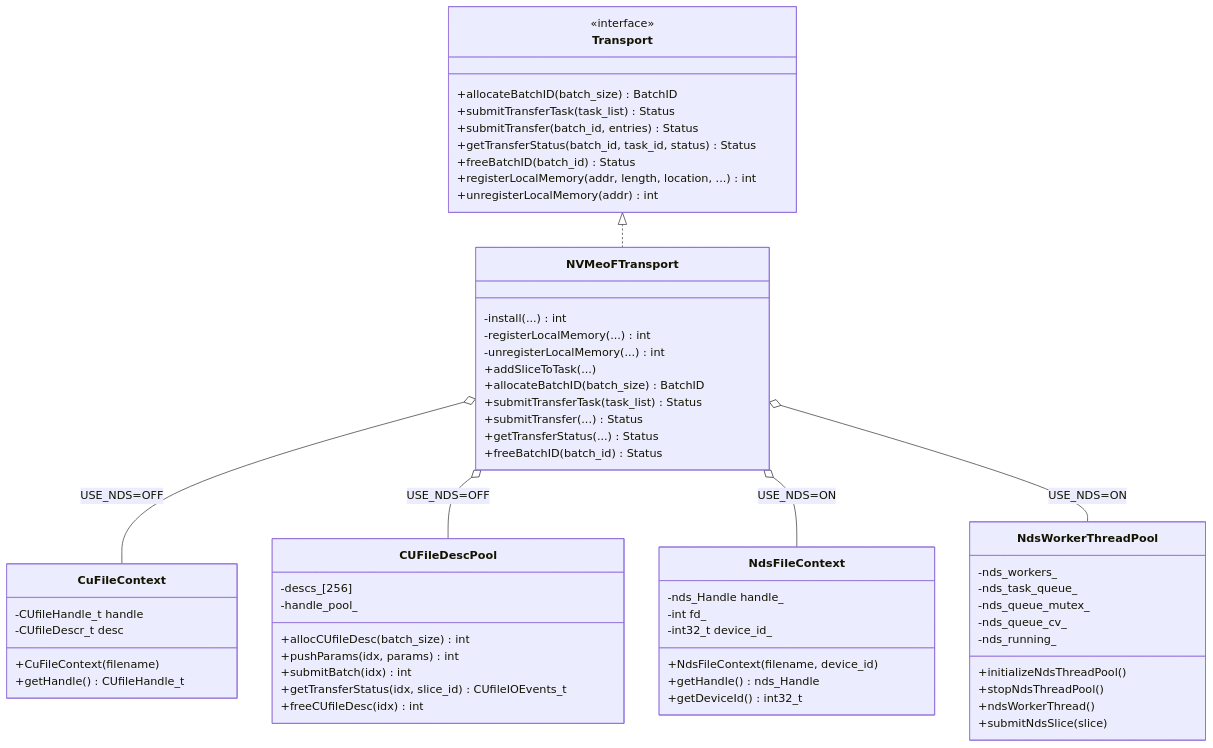
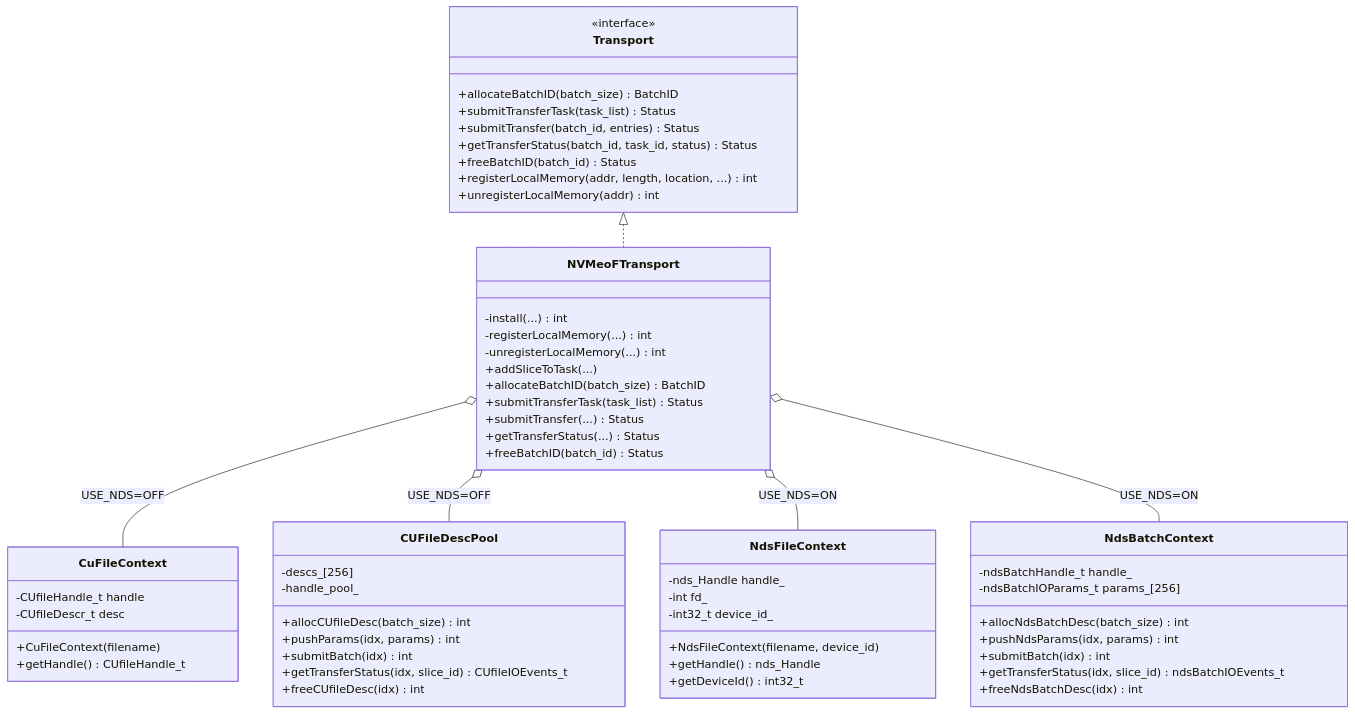
Before and after one commit to yz53665/Mooncake: the third of 17 diagrams in docs/rfc-nds-nvmeof-transport-cn.md, drawn with Mermaid. The commit also changed other lines of this file, not shown here.

````diff
--- a/docs/rfc-nds-nvmeof-transport-cn.md
+++ b/docs/rfc-nds-nvmeof-transport-cn.md
@@ -130,69 +135,67 @@
 ```mermaid
 classDiagram
     class Transport {
         <<interface>>
         +allocateBatchID(batch_size) BatchID
         +submitTransferTask(task_list) Status
         +submitTransfer(batch_id, entries) Status
         +getTransferStatus(batch_id, task_id, status) Status
         +freeBatchID(batch_id) Status
         +registerLocalMemory(addr, length, location, ...) int
         +unregisterLocalMemory(addr) int
     }
 
     class NVMeoFTransport {
         -install(...) int
         -registerLocalMemory(...) int
         -unregisterLocalMemory(...) int
         +addSliceToTask(...)
         +allocateBatchID(batch_size) BatchID
         +submitTransferTask(task_list) Status
         +submitTransfer(...) Status
         +getTransferStatus(...) Status
         +freeBatchID(batch_id) Status
     }
 
     class CuFileContext {
         -CUfileHandle_t handle
         -CUfileDescr_t desc
         +CuFileContext(filename)
         +getHandle() CUfileHandle_t
     }
 
     class CUFileDescPool {
         -descs_[256]
         -handle_pool_
         +allocCUfileDesc(batch_size) int
         +pushParams(idx, params) int
         +submitBatch(idx) int
         +getTransferStatus(idx, slice_id) CUfileIOEvents_t
         +freeCUfileDesc(idx) int
     }
 
+    class NdsBatchContext {
+        -ndsBatchHandle_t handle_
+        -ndsBatchIOParams_t params_[256]
+        +allocNdsBatchDesc(batch_size) int
+        +pushNdsParams(idx, params) int
+        +submitBatch(idx) int
+        +getTransferStatus(idx, slice_id) ndsBatchIOEvents_t
+        +freeNdsBatchDesc(idx) int
+    }
+
     class NdsFileContext {
         -nds_Handle handle_
         -int fd_
         -int32_t device_id_
         +NdsFileContext(filename, device_id)
         +getHandle() nds_Handle
         +getDeviceId() int32_t
     }
 
-    class NdsWorkerThreadPool {
-        -nds_workers_
-        -nds_task_queue_
-        -nds_queue_mutex_
-        -nds_queue_cv_
-        -nds_running_
-        +initializeNdsThreadPool()
-        +stopNdsThreadPool()
-        +ndsWorkerThread()
-        +submitNdsSlice(slice)
-    }
-
     Transport <|.. NVMeoFTransport
     NVMeoFTransport o-- CuFileContext : USE_NDS=OFF
     NVMeoFTransport o-- CUFileDescPool : USE_NDS=OFF
     NVMeoFTransport o-- NdsFileContext : USE_NDS=ON
-    NVMeoFTransport o-- NdsWorkerThreadPool : USE_NDS=ON
+    NVMeoFTransport o-- NdsBatchContext : USE_NDS=ON
 ```
````
